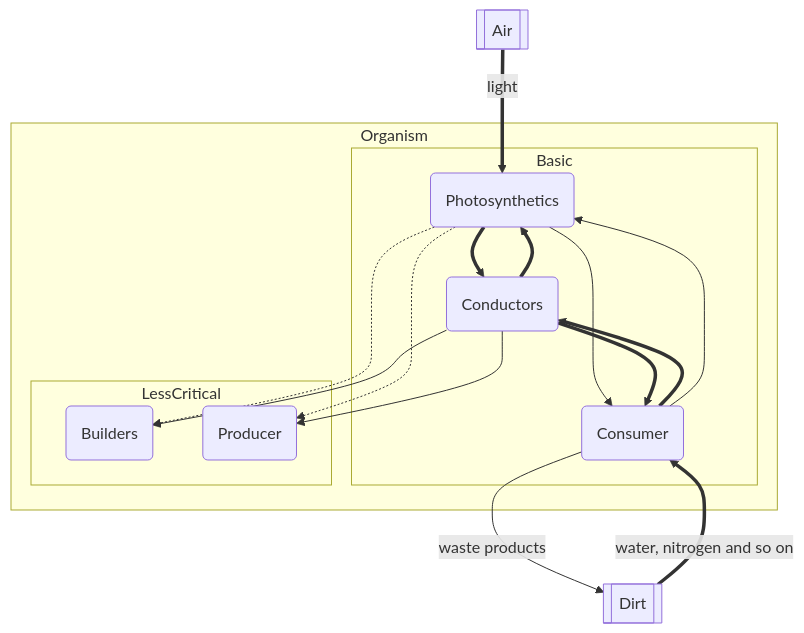
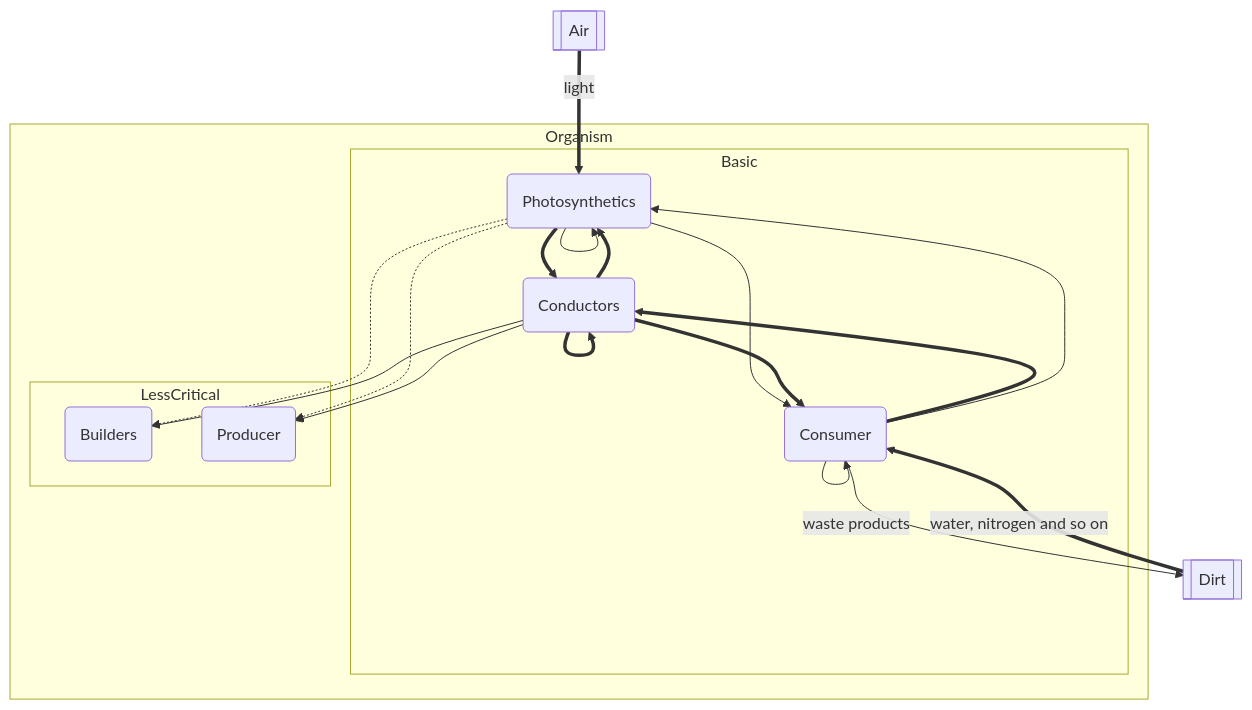
Before and after one commit to MayorDi/dryad: the diagram in README.md, drawn with Mermaid. The commit also changed 10 other files, not shown here.

````diff
--- a/README.md
+++ b/README.md
@@ -19,33 +19,36 @@
 ``` mermaid
 flowchart TD
   id1[[Air]] ==>|light|id2
   id6 -->|waste products|id7
   
   subgraph Organism
     subgraph Basic
       id2(Photosynthetics)
       id3(Conductors)
       id6(Consumer)
     end
     
     subgraph LessCritical
       id4(Builders)
       id5(Producer)
     end
   end
   
+  id2 --> id2
   id2 ==> id3
   id2 -.-> id4
   id2 -.-> id5
   id2 --> id6
   
+  id3 ==> id3
   id3 ==> id2
   id3 --> id4
   id3 --> id5
   id3 ==> id6
   
+  id6 --> id6
   id6 ==> id3
   id6 --> id2
   
   id7[[Dirt]] ==>|water, nitrogen and so on|id6
 ```
````
